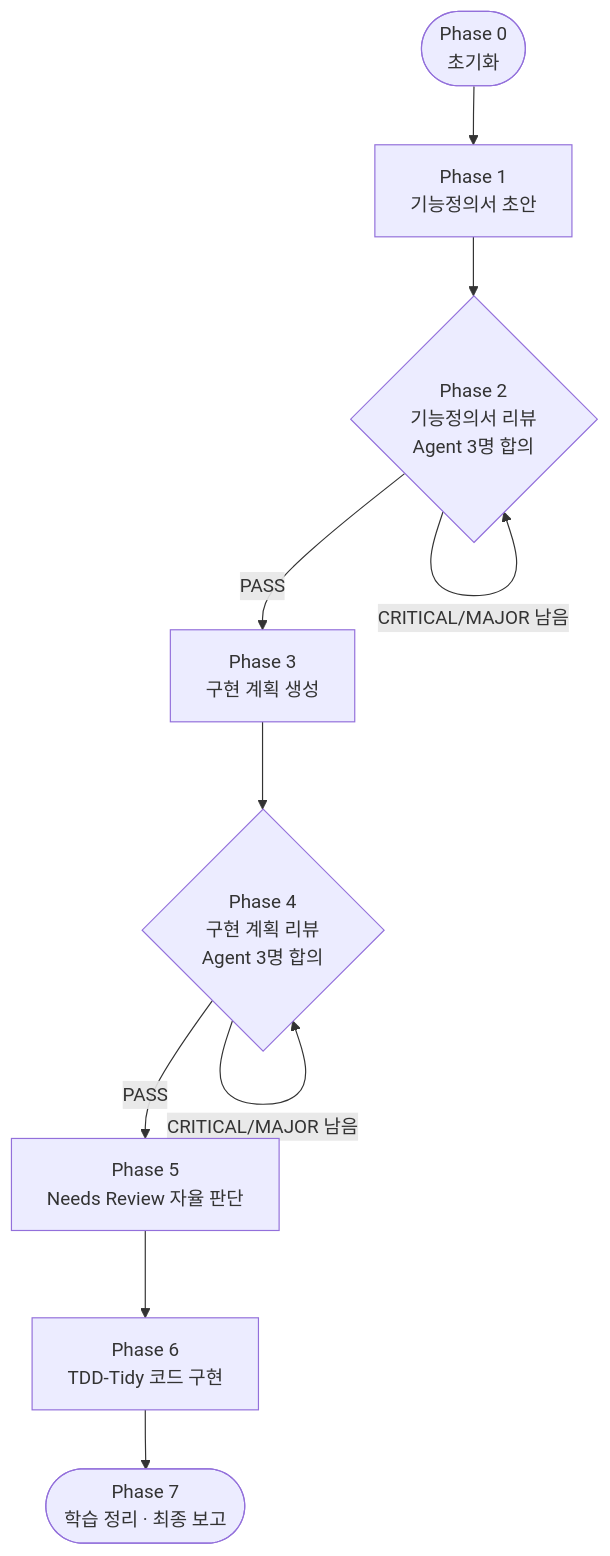
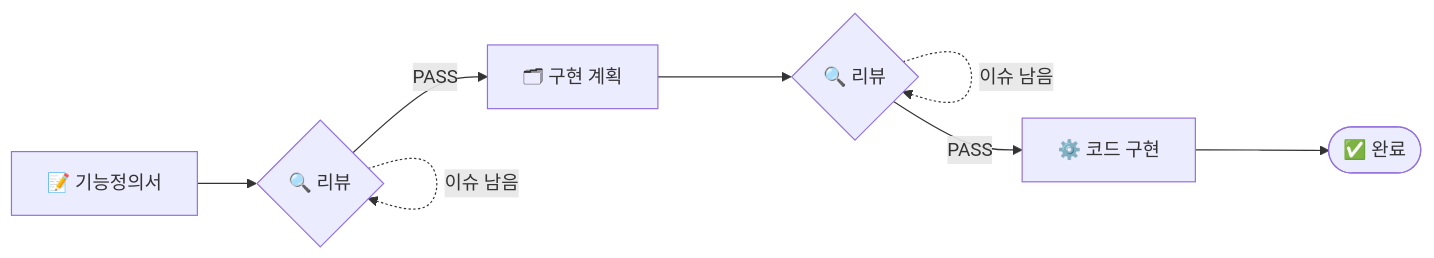
The diagram in README.md (NB3025/consensus-build), drawn with Mermaid before and after one commit.

Commit message:
docs: 작동 방식 다이어그램을 가로형(LR)으로 압축
세로형 flowchart TD(11줄)가 너무 길어 한눈에 안 들어오는 문제.
flowchart LR로 전환하고 노드 라벨을 이모지+핵심어로 간결화하여
세로 길이를 대폭 축소(viewBox 약 5.7:1 가로형). 리뷰 루프는
점선 self-loop로 유지. 8개 Phase 상세 설명은 아래 표가 담당해 역할 분담.

````diff
--- a/README.md
+++ b/README.md
@@ -91,12 +91,8 @@
 ```mermaid
-flowchart TD
-    P0([Phase 0<br/>초기화]) --> P1[Phase 1<br/>기능정의서 초안]
-    P1 --> P2{Phase 2<br/>기능정의서 리뷰<br/>Agent 3명 합의}
-    P2 -->|CRITICAL/MAJOR 남음| P2
-    P2 -->|PASS| P3[Phase 3<br/>구현 계획 생성]
-    P3 --> P4{Phase 4<br/>구현 계획 리뷰<br/>Agent 3명 합의}
-    P4 -->|CRITICAL/MAJOR 남음| P4
-    P4 -->|PASS| P5[Phase 5<br/>Needs Review 자율 판단]
-    P5 --> P6[Phase 6<br/>TDD-Tidy 코드 구현]
-    P6 --> P7([Phase 7<br/>학습 정리 · 최종 보고])
+flowchart LR
+    P1[📝 기능정의서] --> P2{🔍 리뷰}
+    P2 -.->|이슈 남음| P2
+    P2 -->|PASS| P3[🗂 구현 계획] --> P4{🔍 리뷰}
+    P4 -.->|이슈 남음| P4
+    P4 -->|PASS| P6[⚙️ 코드 구현] --> P7([✅ 완료])
 ```
````
